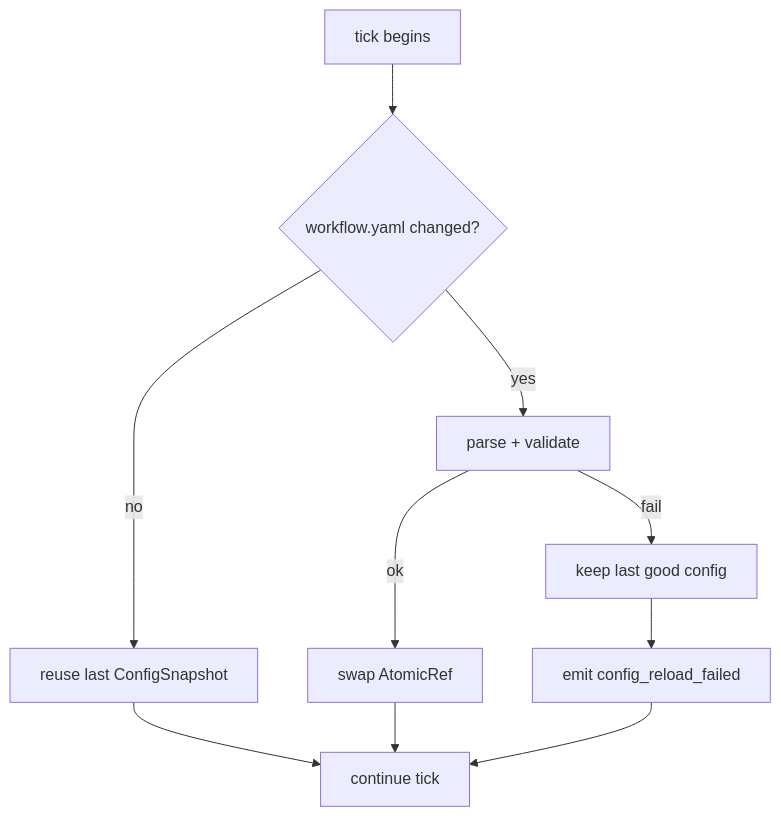
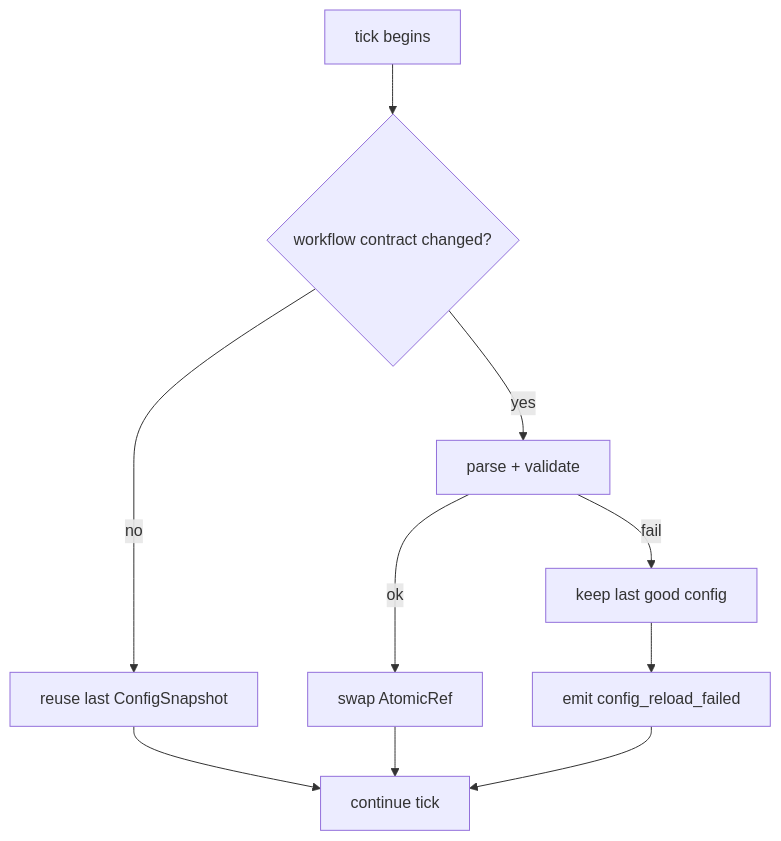
The first of 2 diagrams in docs/architecture.md (attmous/daedalus), drawn with Mermaid before and after one commit. The commit also changed other lines of this file and 54 other files, not shown here.

Commit message:
make WORKFLOW.md the primary workflow contract

````diff
--- a/docs/architecture.md
+++ b/docs/architecture.md
@@ -164,12 +164,12 @@
 ```mermaid
 flowchart TD
-    A[tick begins] --> B{workflow.yaml changed?}
+    A[tick begins] --> B{workflow contract changed?}
     B -- no --> C[reuse last ConfigSnapshot]
     B -- yes --> D[parse + validate]
     D -- ok --> E[swap AtomicRef]
     D -- fail --> F[keep last good config]
     F --> G[emit config_reload_failed]
     C --> H[continue tick]
     E --> H
     G --> H
 ```
````
